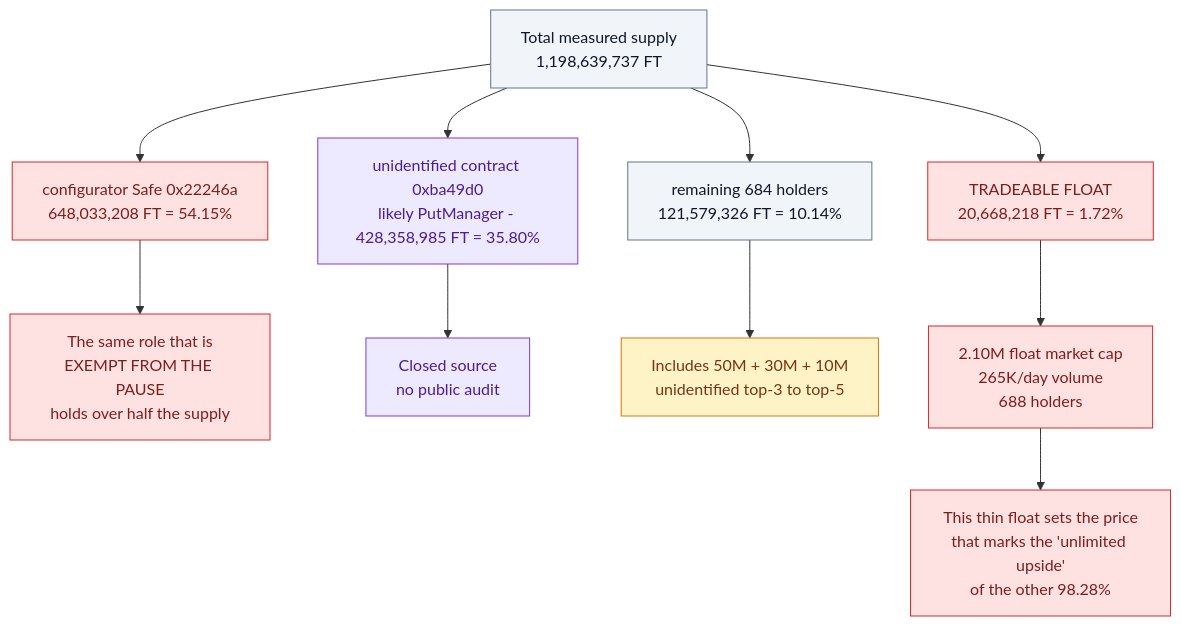
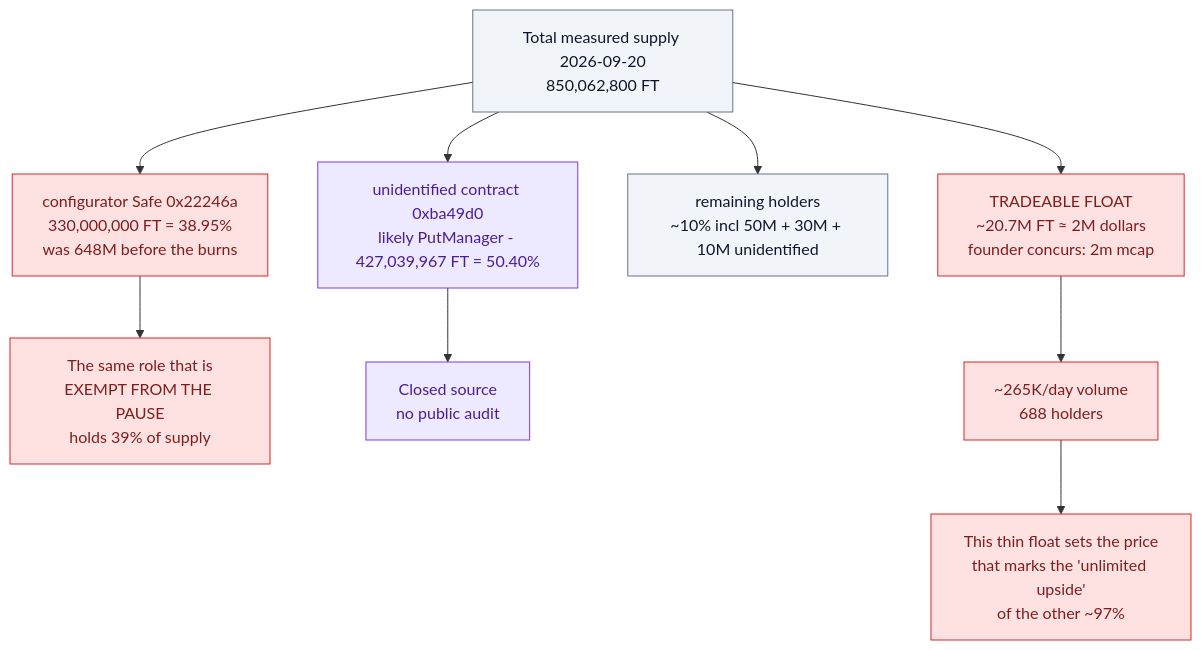
Before and after one commit to m0n3r0/flying-tulip-audit: the second of 3 diagrams in research/02-onchain-facts.md, drawn with Mermaid. The commit also changed other lines of this file and 5 other files, not shown here.

````diff
--- a/research/02-onchain-facts.md
+++ b/research/02-onchain-facts.md
@@ -94,25 +107,23 @@
 ```mermaid
 flowchart TB
-    SUP["Total measured supply<br/>1,198,639,737 FT"]
+    SUP["Total measured supply 2026-09-20<br/>850,062,800 FT"]
 
-    SUP --> CFG["configurator Safe 0x22246a<br/>648,033,208 FT = 54.15%"]
-    SUP --> PM["unidentified contract 0xba49d0<br/>likely PutManager - 428,358,985 FT = 35.80%"]
-    SUP --> REST["remaining 684 holders<br/>121,579,326 FT = 10.14%"]
-    SUP --> FLOAT["TRADEABLE FLOAT<br/>20,668,218 FT = 1.72%"]
+    SUP --> CFG["configurator Safe 0x22246a<br/>330,000,000 FT = 38.95%<br/>was 648M before the burns"]
+    SUP --> PM["unidentified contract 0xba49d0<br/>likely PutManager - 427,039,967 FT = 50.40%"]
+    SUP --> REST["remaining holders<br/>~10% incl 50M + 30M + 10M unidentified"]
+    SUP --> FLOAT["TRADEABLE FLOAT<br/>~20.7M FT ≈ 2M dollars<br/>founder concurs: 2m mcap"]
 
-    CFG --> CFG_N["The same role that is<br/>EXEMPT FROM THE PAUSE<br/>holds over half the supply"]
+    CFG --> CFG_N["The same role that is<br/>EXEMPT FROM THE PAUSE<br/>holds 39% of supply"]
     PM --> PM_N["Closed source<br/>no public audit"]
-    REST --> REST_N["Includes 50M + 30M + 10M<br/>unidentified top-3 to top-5"]
-    FLOAT --> FLOAT_N["2.10M float market cap<br/>265K/day volume<br/>688 holders"]
+    FLOAT --> FLOAT_N["~265K/day volume<br/>688 holders"]
 
-    FLOAT_N --> PRICE["This thin float sets the price<br/>that marks the 'unlimited upside'<br/>of the other 98.28%"]
+    FLOAT_N --> PRICE["This thin float sets the price<br/>that marks the 'unlimited upside'<br/>of the other ~97%"]
 
     classDef warn fill:#fef3c7,stroke:#d97706,color:#78350f
     classDef bad fill:#fee2e2,stroke:#dc2626,color:#7f1d1d
     classDef neutral fill:#f1f5f9,stroke:#64748b,color:#0f172a
     classDef closed fill:#ede9fe,stroke:#7c3aed,color:#4c1d95
     class SUP,REST neutral
     class CFG,CFG_N,FLOAT,FLOAT_N,PRICE bad
     class PM,PM_N closed
-    class REST_N warn
 ```
````
